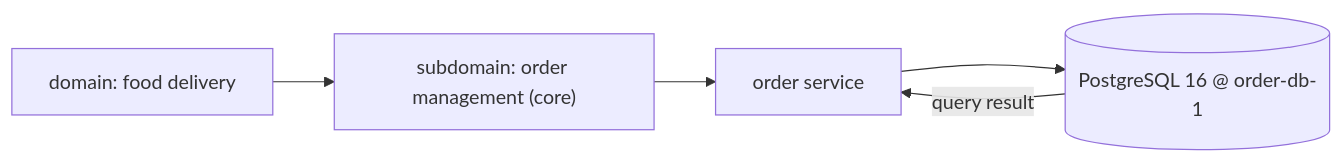
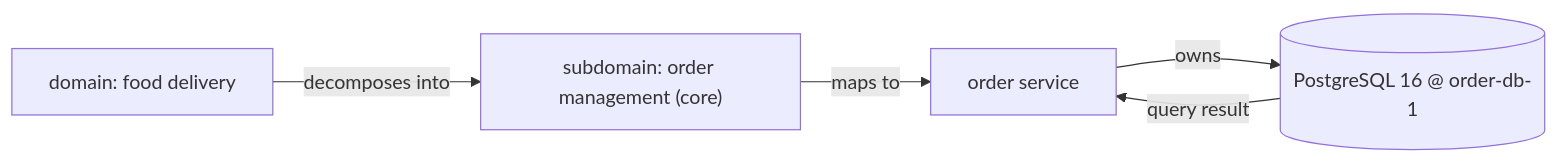
Before and after one commit to vinayakuber/microservices-io-study-guide: the eighth of 13 diagrams in docs/ch04-decompose-by-subdomain.md, drawn with Mermaid. The commit also changed other lines of this file and 71 other files, not shown here.

First line of the commit message:
R18: label every diagram arrow with its meaning

````diff
--- a/docs/ch04-decompose-by-subdomain.md
+++ b/docs/ch04-decompose-by-subdomain.md
@@ -246,7 +246,7 @@
 ```mermaid
 flowchart LR
-  DOM["domain: food delivery"] --> SUB["subdomain: order management (core)"]
-  SUB --> SVC["order service"]
-  SVC --> DB[("PostgreSQL 16 @ order-db-1")]
+  DOM["domain: food delivery"] -->|"decomposes into"| SUB["subdomain: order management (core)"]
+  SUB -->|"maps to"| SVC["order service"]
+  SVC -->|"owns"| DB[("PostgreSQL 16 @ order-db-1")]
   DB -->|"query result"| SVC
 ```
````
